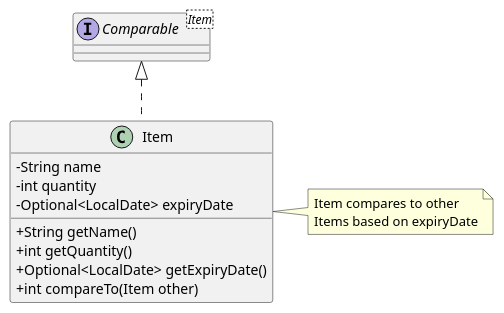
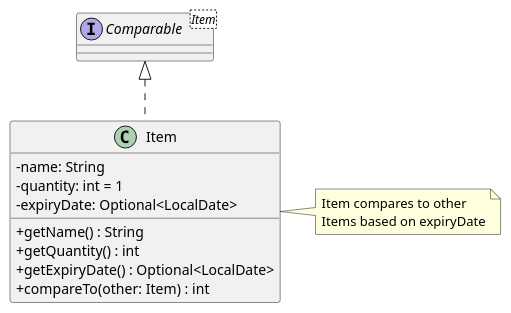
One commit to yijiano/tp changed the diagram in docs/diagrams/Item-ClassDiagram.puml. Above: the diagram before and after it, drawn with PlantUML. The commit also changed 3 other files, not shown here.

Commit message:
Fix incorrect Item and ItemMap class diagrams

```diff
--- a/docs/diagrams/Item-ClassDiagram.puml
+++ b/docs/diagrams/Item-ClassDiagram.puml
@@ -1,20 +1,21 @@
 @startuml
 
-class Item
-interface Comparable<Item>
 skinparam classAttributeIconSize 0
 
+interface Comparable<Item>
 Comparable <|-[dashed]- Item
 
-Item : - String name
-Item : - int quantity
-Item : - Optional<LocalDate> expiryDate
+class Item {
+    - name: String
+    - quantity: int = 1
+    - expiryDate: Optional<LocalDate>
 
-Item : + String getName()
-Item : + int getQuantity()
-Item : + Optional<LocalDate> getExpiryDate()
-Item : + int compareTo(Item other)
+    + getName() : String
+    + getQuantity() : int
+    + getExpiryDate() : Optional<LocalDate>
+    + compareTo(other: Item) : int
+}
 
 note right of Item : Item compares to other \nItems based on expiryDate
 
 @enduml
```
